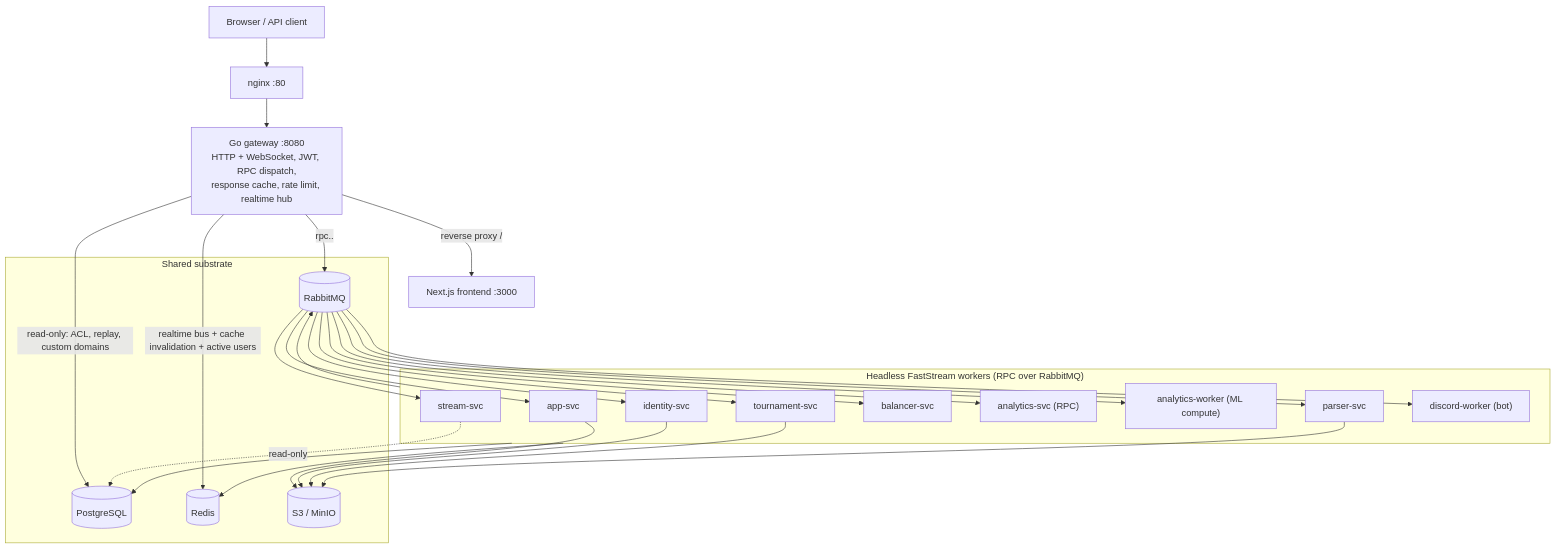
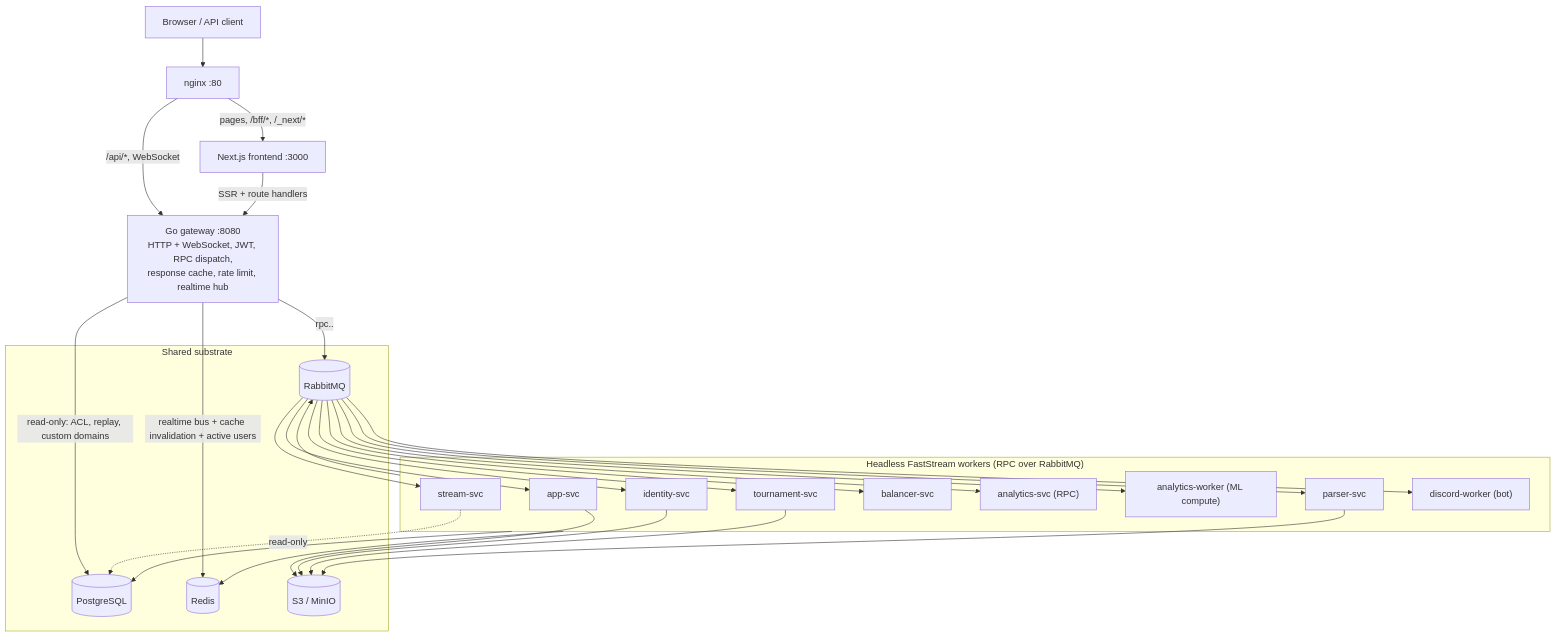
The diagram in docs/architecture.md (CraazzzyyFoxx/overwatch-tournaments), drawn with Mermaid before and after one commit. The commit also changed other lines of this file and 21 other files, not shown here.

First line of the commit message:
refactor(edge): route the frontend through nginx, not the gateway

````diff
--- a/docs/architecture.md
+++ b/docs/architecture.md
@@ -27,43 +28,45 @@
 ```mermaid
 flowchart TB
     Browser["Browser / API client"]
     Nginx["nginx :80"]
     GW["Go gateway :8080\nHTTP + WebSocket, JWT, RPC dispatch,\nresponse cache, rate limit, realtime hub"]
     FE["Next.js frontend :3000"]
 
     subgraph Workers["Headless FastStream workers (RPC over RabbitMQ)"]
       APP["app-svc"]
       ID["identity-svc"]
       TOUR["tournament-svc"]
       PARSE["parser-svc"]
       BAL["balancer-svc"]
       ANARPC["analytics-svc (RPC)"]
       ANAW["analytics-worker (ML compute)"]
       STREAM["stream-svc"]
       DISC["discord-worker (bot)"]
     end
 
     subgraph Infra["Shared substrate"]
       PG[("PostgreSQL")]
       RD[("Redis")]
       MQ[("RabbitMQ")]
       S3[("S3 / MinIO")]
     end
 
-    Browser --> Nginx --> GW
-    GW -- "reverse proxy /" --> FE
+    Browser --> Nginx
+    Nginx -- "/api/*, WebSocket" --> GW
+    Nginx -- "pages, /bff/*, /_next/*" --> FE
+    FE -- "SSR + route handlers" --> GW
     GW -- "rpc.<svc>.<method>" --> MQ
     MQ --> APP & ID & TOUR & PARSE & BAL & ANARPC & STREAM
     GW -- "read-only: ACL, replay, custom domains" --> PG
     GW -- "realtime bus + cache invalidation + active users" --> RD
     Workers --> PG
     Workers --> RD
     STREAM -. "read-only" .-> PG
     Workers --> MQ
     APP --> S3
     ID --> S3
     TOUR --> S3
     PARSE --> S3
     MQ --> ANAW
     MQ --> DISC
 ```
````
